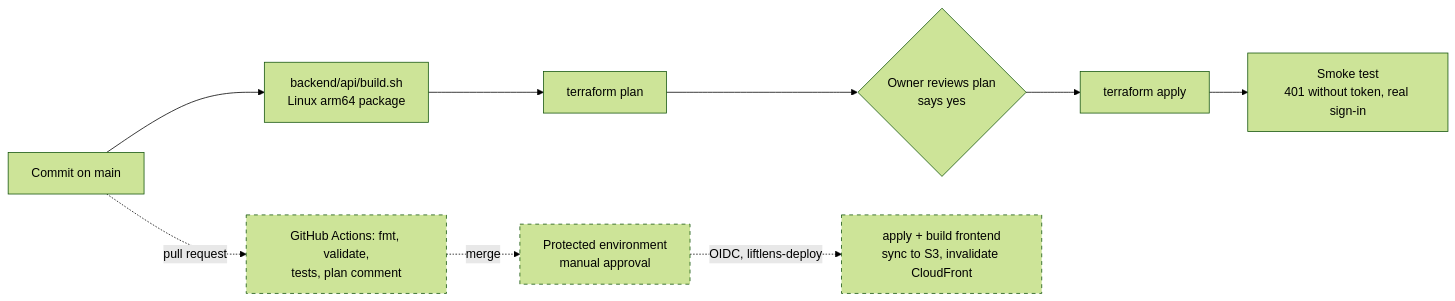
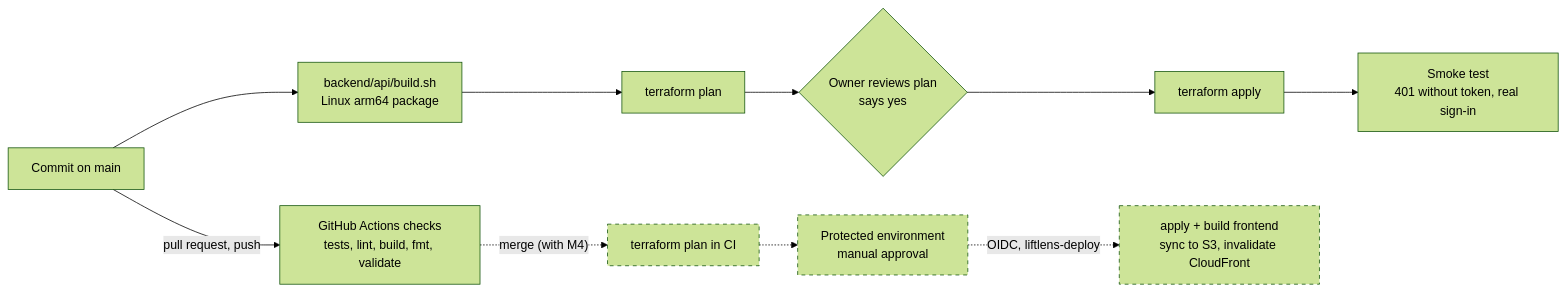
Before and after one commit to ashutosharma2/LiftLens: diagram 15 of 15 in docs/architecture.md, drawn with Mermaid (forest theme). The commit also changed other lines of this file and 5 other files, not shown here.

````diff
--- a/docs/architecture.md
+++ b/docs/architecture.md
@@ -450,15 +450,16 @@
 ```mermaid
 flowchart LR
     Code["Commit on main"] --> Build["backend/api/build.sh<br/>Linux arm64 package"]
     Build --> Plan["terraform plan"]
     Plan --> Review{"Owner reviews plan<br/>says yes"}
     Review --> Apply["terraform apply"]
     Apply --> Smoke["Smoke test<br/>401 without token, real sign-in"]
 
-    Code -. "pull request" .-> PRChecks["GitHub Actions: fmt, validate,<br/>tests, plan comment"]
-    PRChecks -. "merge" .-> Approve["Protected environment<br/>manual approval"]
+    Code -- "pull request, push" --> Checks["GitHub Actions checks<br/>tests, lint, build, fmt, validate"]
+    Checks -. "merge (with M4)" .-> CIPlan["terraform plan in CI"]
+    CIPlan -.-> Approve["Protected environment<br/>manual approval"]
     Approve -. "OIDC, liftlens-deploy" .-> CIApply["apply + build frontend<br/>sync to S3, invalidate CloudFront"]
 
-    class PRChecks,Approve,CIApply planned
+    class CIPlan,Approve,CIApply planned
     classDef planned stroke-dasharray: 5 5
 ```
````
